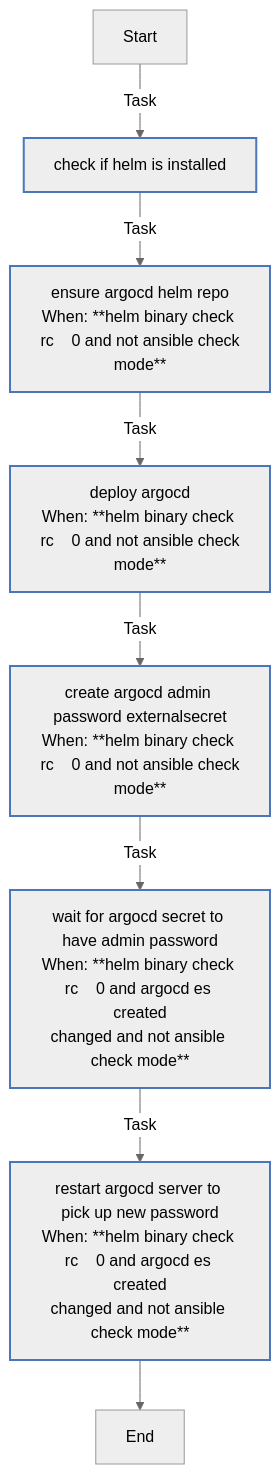
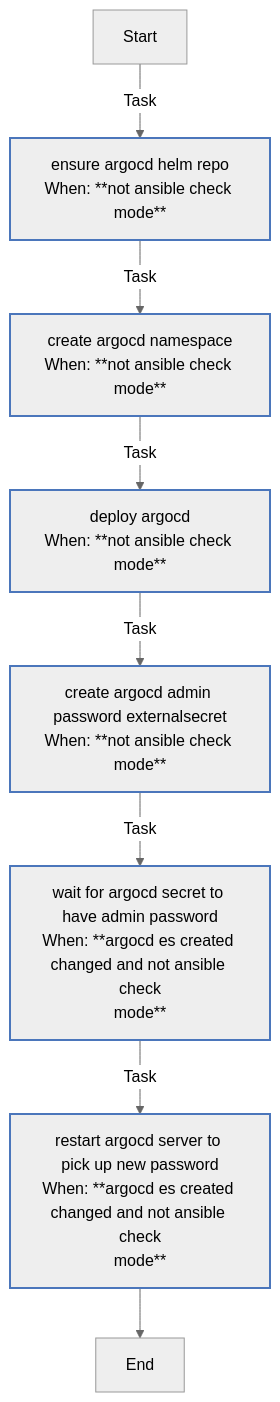
The diagram in roles/argocd/README.md (rou-cru/k3s-homelab), drawn with Mermaid (neutral theme) before and after one commit. The commit also changed other lines of this file and 277 other files, not shown here.

````diff
--- a/roles/argocd/README.md
+++ b/roles/argocd/README.md
@@ -77,20 +130,20 @@
 ```mermaid
 flowchart TD
 Start
 classDef block stroke:#3498db,stroke-width:2px;
 classDef task stroke:#4b76bb,stroke-width:2px;
 classDef includeTasks stroke:#16a085,stroke-width:2px;
 classDef importTasks stroke:#34495e,stroke-width:2px;
 classDef includeRole stroke:#2980b9,stroke-width:2px;
 classDef importRole stroke:#699ba7,stroke-width:2px;
 classDef includeVars stroke:#8e44ad,stroke-width:2px;
 classDef rescue stroke:#665352,stroke-width:2px;
 
-  Start-->|Task| Check_if_Helm_is_installed0[check if helm is installed]:::task
-  Check_if_Helm_is_installed0-->|Task| Ensure_ArgoCD_Helm_repo1[ensure argocd helm repo<br>When: **helm binary check rc    0 and not ansible check<br>mode**]:::task
-  Ensure_ArgoCD_Helm_repo1-->|Task| Deploy_ArgoCD2[deploy argocd<br>When: **helm binary check rc    0 and not ansible check<br>mode**]:::task
-  Deploy_ArgoCD2-->|Task| Create_ArgoCD_Admin_Password_ExternalSecret3[create argocd admin password externalsecret<br>When: **helm binary check rc    0 and not ansible check<br>mode**]:::task
-  Create_ArgoCD_Admin_Password_ExternalSecret3-->|Task| Wait_for_argocd_secret_to_have_admin_password4[wait for argocd secret to have admin password<br>When: **helm binary check rc    0 and argocd es created<br>changed and not ansible check mode**]:::task
-  Wait_for_argocd_secret_to_have_admin_password4-->|Task| Restart_ArgoCD_Server_to_pick_up_new_password5[restart argocd server to pick up new password<br>When: **helm binary check rc    0 and argocd es created<br>changed and not ansible check mode**]:::task
+  Start-->|Task| Ensure_ArgoCD_Helm_repo0[ensure argocd helm repo<br>When: **not ansible check mode**]:::task
+  Ensure_ArgoCD_Helm_repo0-->|Task| Create_argocd_namespace1[create argocd namespace<br>When: **not ansible check mode**]:::task
+  Create_argocd_namespace1-->|Task| Deploy_ArgoCD2[deploy argocd<br>When: **not ansible check mode**]:::task
+  Deploy_ArgoCD2-->|Task| Create_ArgoCD_Admin_Password_ExternalSecret3[create argocd admin password externalsecret<br>When: **not ansible check mode**]:::task
+  Create_ArgoCD_Admin_Password_ExternalSecret3-->|Task| Wait_for_argocd_secret_to_have_admin_password4[wait for argocd secret to have admin password<br>When: **argocd es created changed and not ansible check<br>mode**]:::task
+  Wait_for_argocd_secret_to_have_admin_password4-->|Task| Restart_ArgoCD_Server_to_pick_up_new_password5[restart argocd server to pick up new password<br>When: **argocd es created changed and not ansible check<br>mode**]:::task
   Restart_ArgoCD_Server_to_pick_up_new_password5-->End
 ```
````
